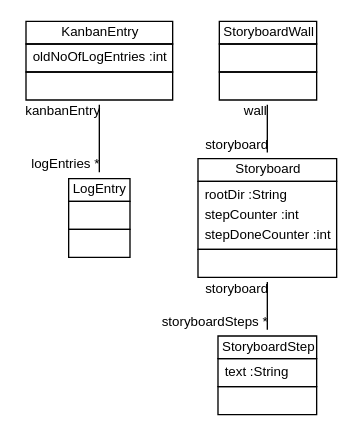
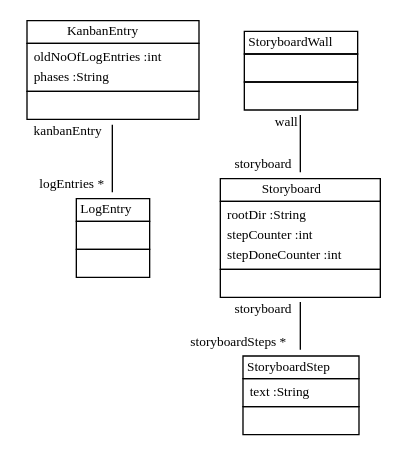
One commit to fujaba/SDMLib changed the diagram in doc/StoryboardInfrastructureClassDiagram7.dot. Above: the diagram before and after it, drawn with Graphviz. The commit also changed 74 other files, not shown here.

Commit message:
computing burn down charts with javascript highcharts

```diff
--- a/doc/StoryboardInfrastructureClassDiagram7.dot
+++ b/doc/StoryboardInfrastructureClassDiagram7.dot
@@ -1,18 +1,18 @@
 
  digraph ClassDiagram {
-    node [shape = none, fontsize = 10, fontname = "Arial"]; 
-    edge [fontsize = 10, fontname = "Arial"];
+    node [shape = none, fontsize = 10]; 
+    edge [fontsize = 10];
     
     
-    _KanbanEntry [label=<<table border='0' cellborder='1' cellspacing='0'> <tr> <td HREF="../test/org/sdmlib/storyboards/KanbanEntry.java">KanbanEntry</td> </tr> <tr><td><table border='0' cellborder='0' cellspacing='0'> <tr><td align='left'>oldNoOfLogEntries :int</td></tr>  </table></td></tr> <tr><td><table border='0' cellborder='0' cellspacing='0'> <tr><td> </td></tr> </table></td></tr> </table>>];
+    _KanbanEntry [label=<<table border='0' cellborder='1' cellspacing='0'> <tr> <td HREF="../test/org/sdmlib/storyboards/KanbanEntry.java">KanbanEntry</td> </tr> <tr><td><table border='0' cellborder='0' cellspacing='0'> <tr><td align='left'>oldNoOfLogEntries :int</td></tr> <tr><td align='left'>phases :String</td></tr>  </table></td></tr> <tr><td><table border='0' cellborder='0' cellspacing='0'> <tr><td> </td></tr> </table></td></tr> </table>>];
     _LogEntry [label=<<table border='0' cellborder='1' cellspacing='0'> <tr> <td HREF="../test/org/sdmlib/storyboards/LogEntry.java">LogEntry</td> </tr> <tr><td><table border='0' cellborder='0' cellspacing='0'> <tr><td> </td></tr> </table></td></tr> <tr><td><table border='0' cellborder='0' cellspacing='0'> <tr><td> </td></tr> </table></td></tr> </table>>];
     _StoryboardWall [label=<<table border='0' cellborder='1' cellspacing='0'> <tr> <td HREF="../test/org/sdmlib/storyboards/StoryboardWall.java">StoryboardWall</td> </tr> <tr><td><table border='0' cellborder='0' cellspacing='0'> <tr><td> </td></tr> </table></td></tr> <tr><td><table border='0' cellborder='0' cellspacing='0'> <tr><td> </td></tr> </table></td></tr> </table>>];
     _Storyboard [label=<<table border='0' cellborder='1' cellspacing='0'> <tr> <td HREF="../test/org/sdmlib/storyboards/Storyboard.java">Storyboard</td> </tr> <tr><td><table border='0' cellborder='0' cellspacing='0'> <tr><td align='left'>rootDir :String</td></tr> <tr><td align='left'>stepCounter :int</td></tr> <tr><td align='left'>stepDoneCounter :int</td></tr>  </table></td></tr> <tr><td><table border='0' cellborder='0' cellspacing='0'> <tr><td> </td></tr> </table></td></tr> </table>>];
     _StoryboardStep [label=<<table border='0' cellborder='1' cellspacing='0'> <tr> <td HREF="../test/org/sdmlib/storyboards/StoryboardStep.java">StoryboardStep</td> </tr> <tr><td><table border='0' cellborder='0' cellspacing='0'> <tr><td align='left'>text :String</td></tr>  </table></td></tr> <tr><td><table border='0' cellborder='0' cellspacing='0'> <tr><td> </td></tr> </table></td></tr> </table>>];
     
     
     
     _KanbanEntry -> _LogEntry [headlabel = "logEntries *" taillabel = "kanbanEntry" arrowhead = "none" ];
     _StoryboardWall -> _Storyboard [headlabel = "storyboard" taillabel = "wall" arrowhead = "none" ];
     _Storyboard -> _StoryboardStep [headlabel = "storyboardSteps *" taillabel = "storyboard" arrowhead = "none" ];
 }
```
